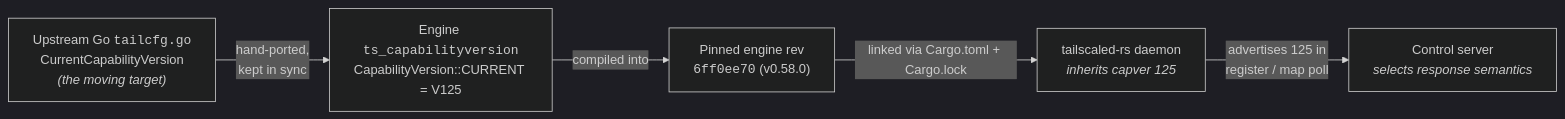
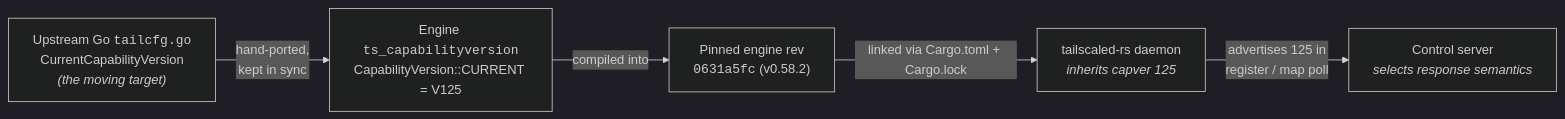
Before and after one commit to GeiserX/tailscaled-rs: the diagram in docs/ENGINE.md, drawn with Mermaid (dark theme). The commit also changed other lines of this file and 5 other files, not shown here.

````diff
--- a/docs/ENGINE.md
+++ b/docs/ENGINE.md
@@ -207,8 +207,8 @@
 ```mermaid
 flowchart LR
     GO["Upstream Go <code>tailcfg.go</code><br/>CurrentCapabilityVersion<br/><i>(the moving target)</i>"]
       -->|"hand-ported,<br/>kept in sync"| ENG_SRC["Engine <code>ts_capabilityversion</code><br/>CapabilityVersion::CURRENT = V125"]
-    ENG_SRC -->|"compiled into"| REV["Pinned engine rev<br/><code>6ff0ee70</code> (v0.58.0)"]
+    ENG_SRC -->|"compiled into"| REV["Pinned engine rev<br/><code>0631a5fc</code> (v0.58.2)"]
     REV -->|"linked via Cargo.toml + Cargo.lock"| DAEMON["tailscaled-rs daemon<br/><i>inherits capver 125</i>"]
     DAEMON -->|"advertises 125 in<br/>register / map poll"| CTRL["Control server<br/><i>selects response semantics</i>"]
 ```
````
